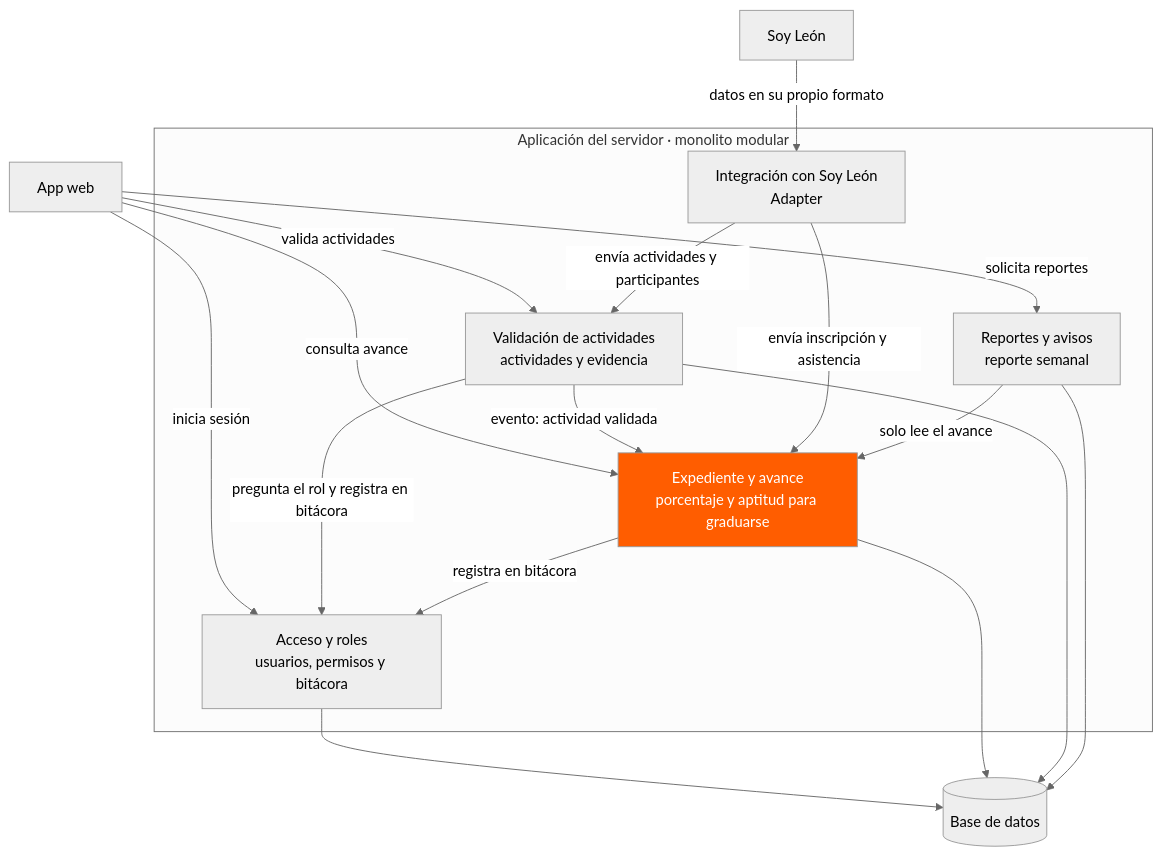
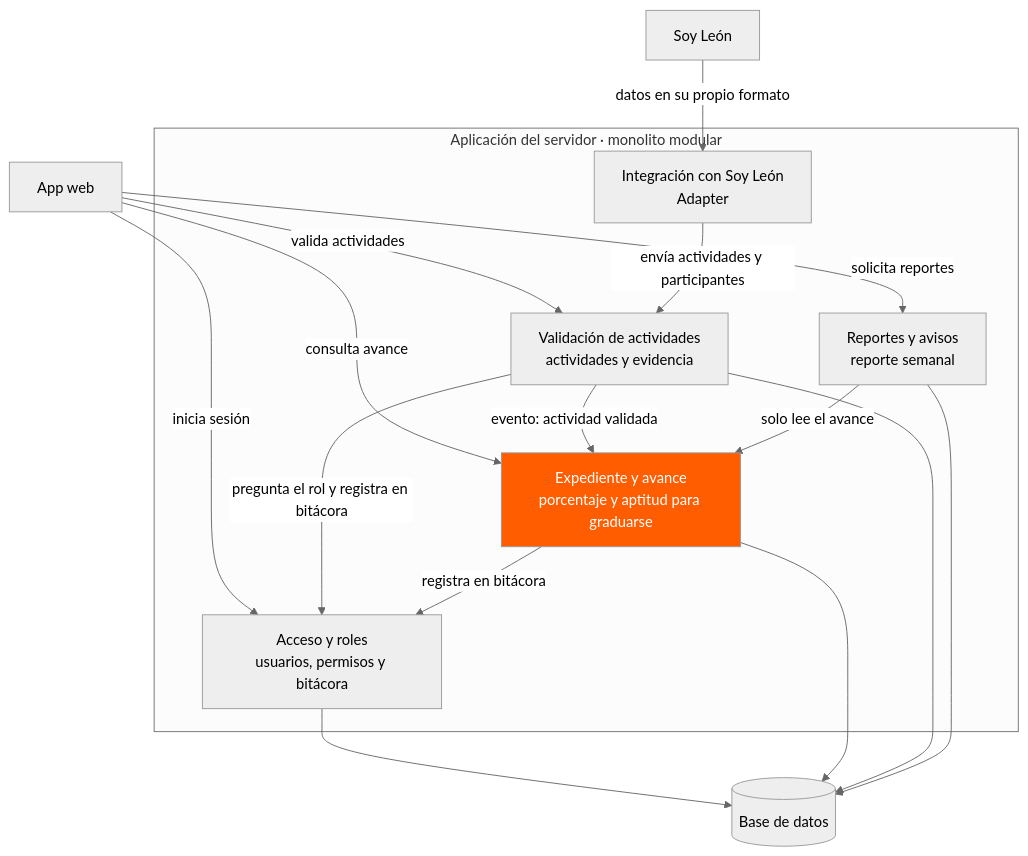
One commit to Victorflores06/PLEAS-Tracker- changed the third of 3 diagrams in docs/arch/diagramas-sistema.md. Above: the diagram before and after it, drawn with Mermaid (neutral theme). The commit also changed other lines of this file, not shown here.

Commit message:
Update system diagrams with role changes

````diff
--- a/docs/arch/diagramas-sistema.md
+++ b/docs/arch/diagramas-sistema.md
@@ -49,35 +49,34 @@
 ```mermaid
 flowchart TD
     web[App web]
 
     subgraph app["Aplicación del servidor · monolito modular"]
         acceso["Acceso y roles<br/>usuarios, permisos y bitácora"]
         exp["Expediente y avance<br/>porcentaje y aptitud para graduarse"]
         val["Validación de actividades<br/>actividades y evidencia"]
         rep["Reportes y avisos<br/>reporte semanal"]
         integ["Integración con Soy León<br/>Adapter"]
     end
 
     db[("Base de datos")]
     soy[Soy León]
 
     web -->|inicia sesión| acceso
     web -->|consulta avance| exp
     web -->|valida actividades| val
     web -->|solicita reportes| rep
 
     val -->|pregunta el rol y registra en bitácora| acceso
     exp -->|registra en bitácora| acceso
     val -->|evento: actividad validada| exp
     integ -->|envía actividades y participantes| val
-    integ -->|envía inscripción y asistencia| exp
     rep -->|solo lee el avance| exp
     soy -->|datos en su propio formato| integ
 
     acceso --> db
     exp --> db
     val --> db
     rep --> db
 
     style exp fill:#ff5d00,color:#fff
 ```
````
